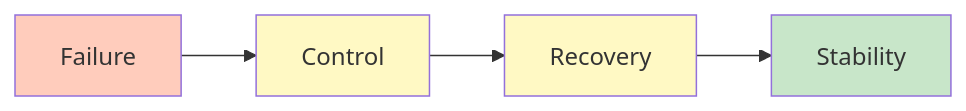
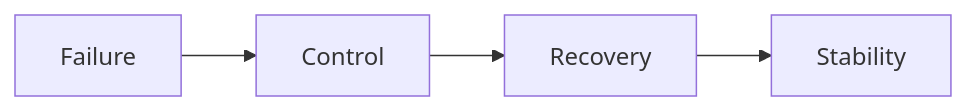
Before and after one commit to CharlesLuxinger/harness-eng-multi-agent: the first of 2 diagrams in instructions/self-healing/SOUL.md, drawn with Mermaid. The commit also changed other lines of this file and 67 other files, not shown here.

````diff
--- a/instructions/self-healing/SOUL.md
+++ b/instructions/self-healing/SOUL.md
@@ -163,11 +163,6 @@
 ```mermaid
 graph LR
     A["Failure"] --> B["Control"]
     B --> C["Recovery"]
     C --> D["Stability"]
-    
-    style A fill:#ffccbc
-    style B fill:#fff9c4
-    style C fill:#fff9c4
-    style D fill:#c8e6c9
 ```
````
